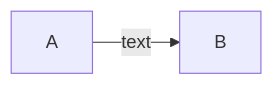
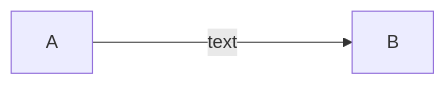
Before and after one commit to RalfWeiss/ergo-course-summary: the sixth of 7 diagrams in cardano/PPP-030102.md, drawn with Mermaid. The commit also changed other lines of this file and 5 other files, not shown here.

Commit message:
conceptual Context-diagram

````diff
--- a/cardano/PPP-030102.md
+++ b/cardano/PPP-030102.md
@@ -122,4 +127,4 @@
 ```mermaid
 flowchart LR
-    A-- text -->B
+    A-- text ----->B
 ```
````
